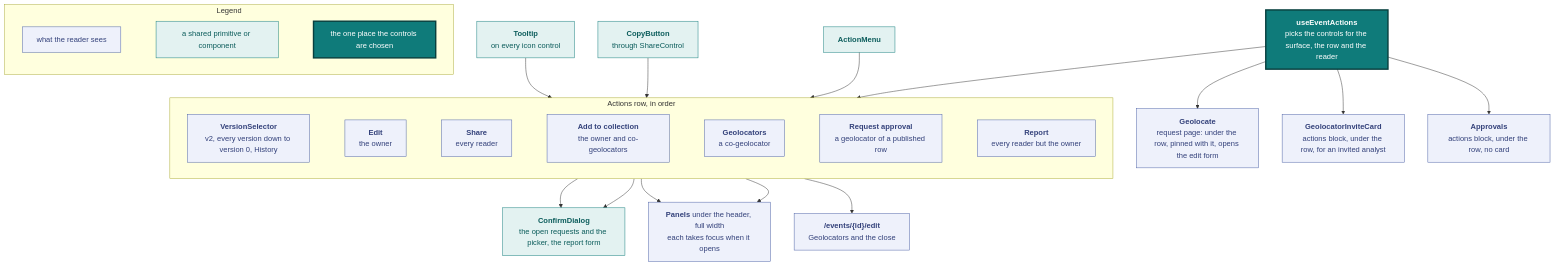
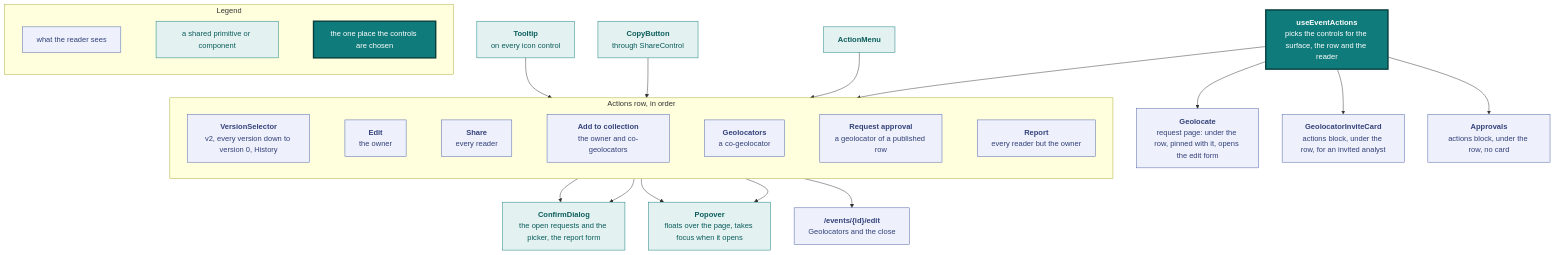
One commit to vidithq/vidit changed the eighth of 15 diagrams in docs/design.md. Above: the diagram before and after it, drawn with Mermaid. The commit also changed other lines of this file and 8 other files, not shown here.

````diff
--- a/docs/design.md
+++ b/docs/design.md
@@ -837,67 +837,67 @@
 ```mermaid
 flowchart TB
   classDef spec fill:#eef1fb,stroke:#4a5fa5,color:#33417a
   classDef shared fill:#e3f2f1,stroke:#0f7b7a,color:#0b5c5b
   classDef core fill:#0f7b7a,stroke:#083f3e,stroke-width:3px,color:#ffffff
 
   subgraph legend [Legend]
     direction LR
     l1["`what the reader sees`"]:::spec
     l2["`a shared primitive or component`"]:::shared
     l3["`the one place the controls are chosen`"]:::core
     l1 ~~~ l2 ~~~ l3
   end
 
   hook["`**useEventActions**
   picks the controls for the surface, the row and the reader`"]:::core
 
   subgraph header [Actions row, in order]
     direction LR
     versions["`**VersionSelector**
     v2, every version down to version 0, History`"]:::spec
     edit["`**Edit**
     the owner`"]:::spec
     share["`**Share**
     every reader`"]:::spec
     collect["`**Add to collection**
     the owner and co-geolocators`"]:::spec
     credit["`**Geolocators**
     a co-geolocator`"]:::spec
     ask["`**Request approval**
     a geolocator of a published row`"]:::spec
     report["`**Report**
     every reader but the owner`"]:::spec
     versions ~~~ edit ~~~ share ~~~ collect ~~~ credit ~~~ ask ~~~ report
   end
 
   menu["`**ActionMenu**`"]:::shared
   copy["`**CopyButton**
   through ShareControl`"]:::shared
   tooltip["`**Tooltip**
   on every icon control`"]:::shared
   editpage["`**/events/{id}/edit**
   Geolocators and the close`"]:::spec
-  panels["`**Panels** under the header, full width
-  each takes focus when it opens`"]:::spec
+  popover["`**Popover**
+  floats over the page, takes focus when it opens`"]:::shared
   invite["`**GeolocatorInviteCard**
   actions block, under the row, for an invited analyst`"]:::spec
   approvals["`**Approvals**
   actions block, under the row, no card`"]:::spec
   dialog["`**ConfirmDialog**
   the open requests and the picker, the report form`"]:::shared
   geolocate["`**Geolocate**
   request page: under the row, pinned with it, opens the edit form`"]:::spec
 
   hook --> header
   hook --> approvals
   hook --> invite
   hook --> geolocate
   menu --> versions
   copy --> share
   tooltip --> header
   edit --> editpage
-  collect --> panels
-  credit --> panels
+  collect --> popover
+  credit --> popover
   ask --> dialog
   report --> dialog
 ```
````
